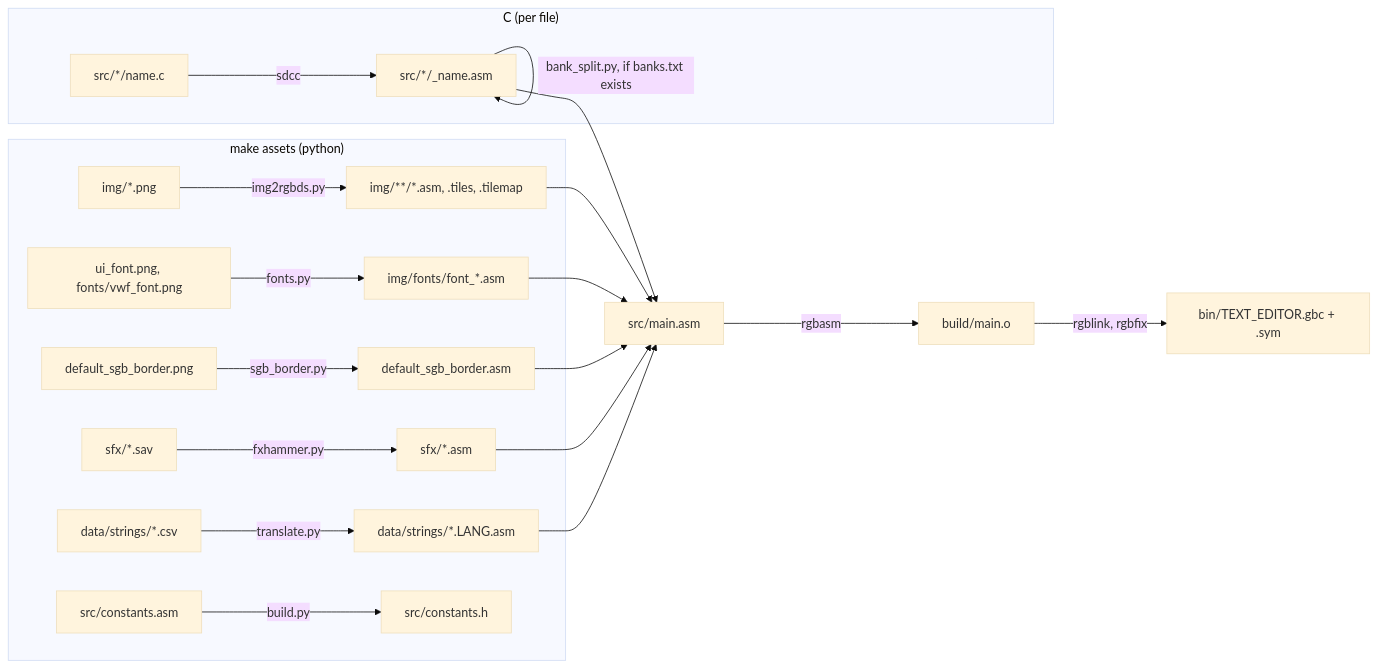
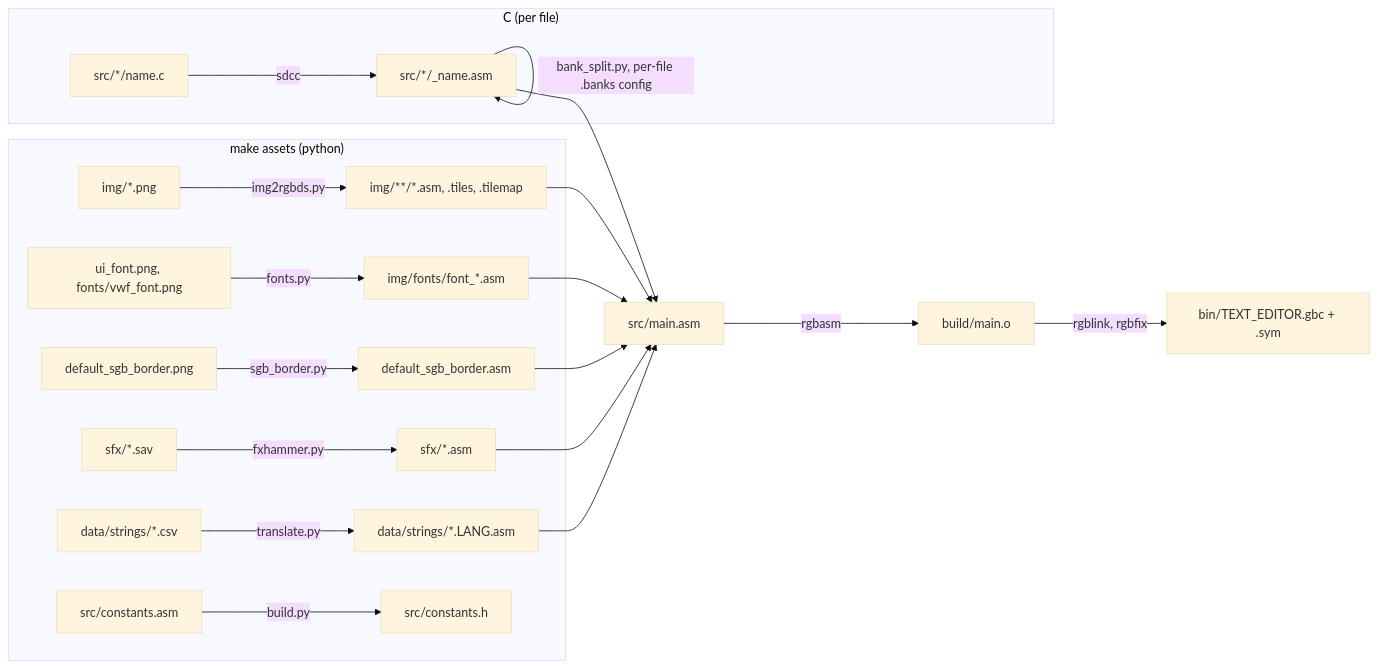
The first of 3 diagrams in ARCHITECTURE.md (Q-Bert-Reynolds/fatpak), drawn with Mermaid (base theme) before and after one commit. The commit also changed other lines of this file and 39 other files, not shown here.

````diff
--- a/ARCHITECTURE.md
+++ b/ARCHITECTURE.md
@@ -21,18 +21,18 @@
 ```mermaid
 flowchart LR
   subgraph assets["make assets (python)"]
     png[img/*.png] -->|img2rgbds.py| imgasm[img/**/*.asm, .tiles, .tilemap]
     fontpng[ui_font.png, fonts/vwf_font.png] -->|fonts.py| fontasm[img/fonts/font_*.asm]
     border[default_sgb_border.png] -->|sgb_border.py| borderasm[default_sgb_border.asm]
     sav[sfx/*.sav] -->|fxhammer.py| sfxasm[sfx/*.asm]
     csv[data/strings/*.csv] -->|translate.py| strasm[data/strings/*.LANG.asm]
     consts[src/constants.asm] -->|build.py| consth[src/constants.h]
   end
   subgraph c["C (per file)"]
     cfile[src/*/name.c] -->|sdcc| casm[src/*/_name.asm]
-    casm -->|bank_split.py, if banks.txt exists| casm
+    casm -->|bank_split.py, per-file .banks config| casm
   end
   main[src/main.asm] -->|rgbasm| obj[build/main.o]
   imgasm & fontasm & borderasm & sfxasm & strasm & casm --> main
   obj -->|rgblink, rgbfix| rom[bin/TEXT_EDITOR.gbc + .sym]
 ```
````
